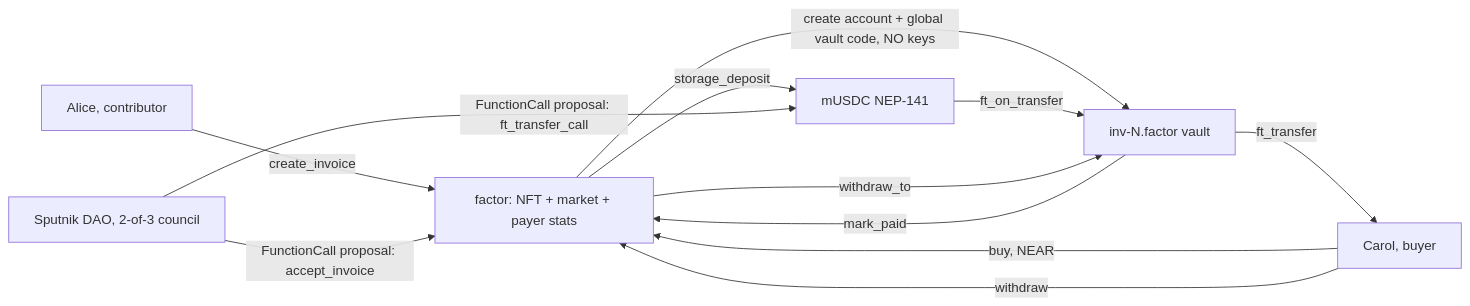
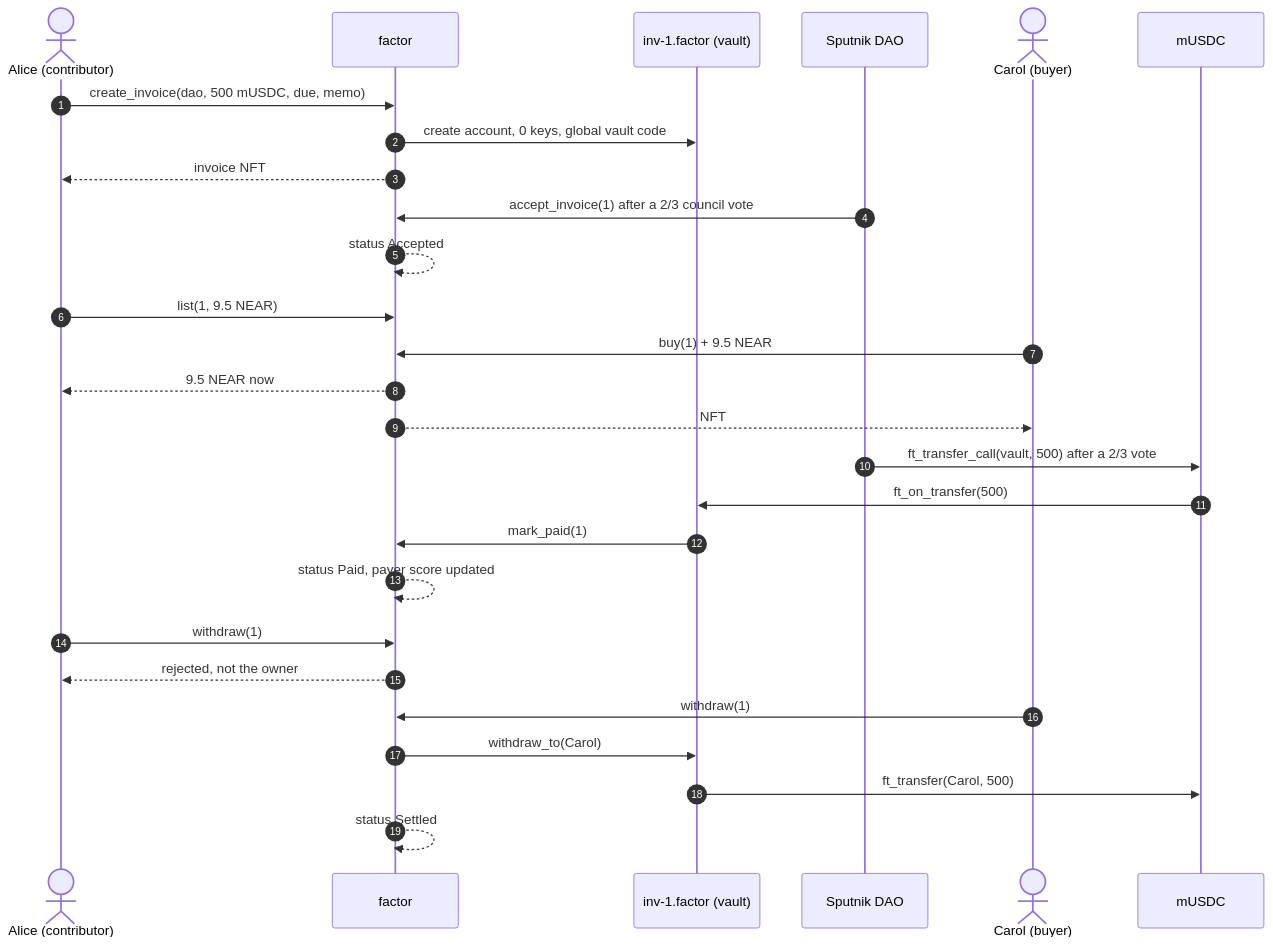
The diagram in README.md (SamuelDharshi/factor), drawn with Mermaid before and after one commit. The commit also changed other lines of this file, not shown here.

Commit message:
expand readme with the idea, diagrams and usage guide

````diff
--- a/README.md
+++ b/README.md
@@ -66,14 +102,30 @@
 ```mermaid
-flowchart LR
-  A[Alice, contributor] -->|create_invoice| F[factor: NFT + market + payer stats]
-  F -->|create account + global vault code, NO keys| V["inv-N.factor vault"]
-  F -->|storage_deposit| M[mUSDC NEP-141]
-  D[Sputnik DAO, 2-of-3 council] -->|FunctionCall proposal: accept_invoice| F
-  C[Carol, buyer] -->|buy, NEAR| F
-  D -->|FunctionCall proposal: ft_transfer_call| M
-  M -->|ft_on_transfer| V
-  V -->|mark_paid| F
-  C -->|withdraw| F
-  F -->|withdraw_to| V
-  V -->|ft_transfer| C
+sequenceDiagram
+    autonumber
+    actor Alice as Alice (contributor)
+    participant F as factor
+    participant V as inv-1.factor (vault)
+    participant D as Sputnik DAO
+    actor Carol as Carol (buyer)
+    participant M as mUSDC
+
+    Alice->>F: create_invoice(dao, 500 mUSDC, due, memo)
+    F->>V: create account, 0 keys, global vault code
+    F-->>Alice: invoice NFT #1 (status Draft)
+    D->>F: accept_invoice(1) after a 2/3 council vote
+    F-->>F: status Accepted
+    Alice->>F: list(1, 9.5 NEAR)
+    Carol->>F: buy(1) + 9.5 NEAR
+    F-->>Alice: 9.5 NEAR now
+    F-->>Carol: NFT #1
+    D->>M: ft_transfer_call(vault, 500) after a 2/3 vote
+    M->>V: ft_on_transfer(500)
+    V->>F: mark_paid(1)
+    F-->>F: status Paid, payer score updated
+    Alice->>F: withdraw(1)
+    F-->>Alice: rejected, not the owner
+    Carol->>F: withdraw(1)
+    F->>V: withdraw_to(Carol)
+    V->>M: ft_transfer(Carol, 500)
+    F-->>F: status Settled
 ```
````
